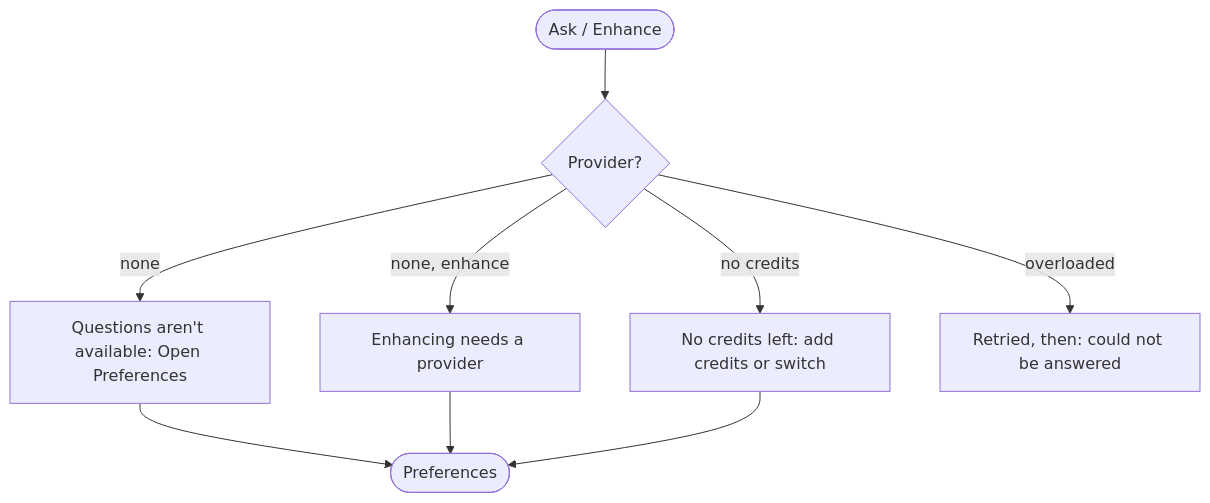
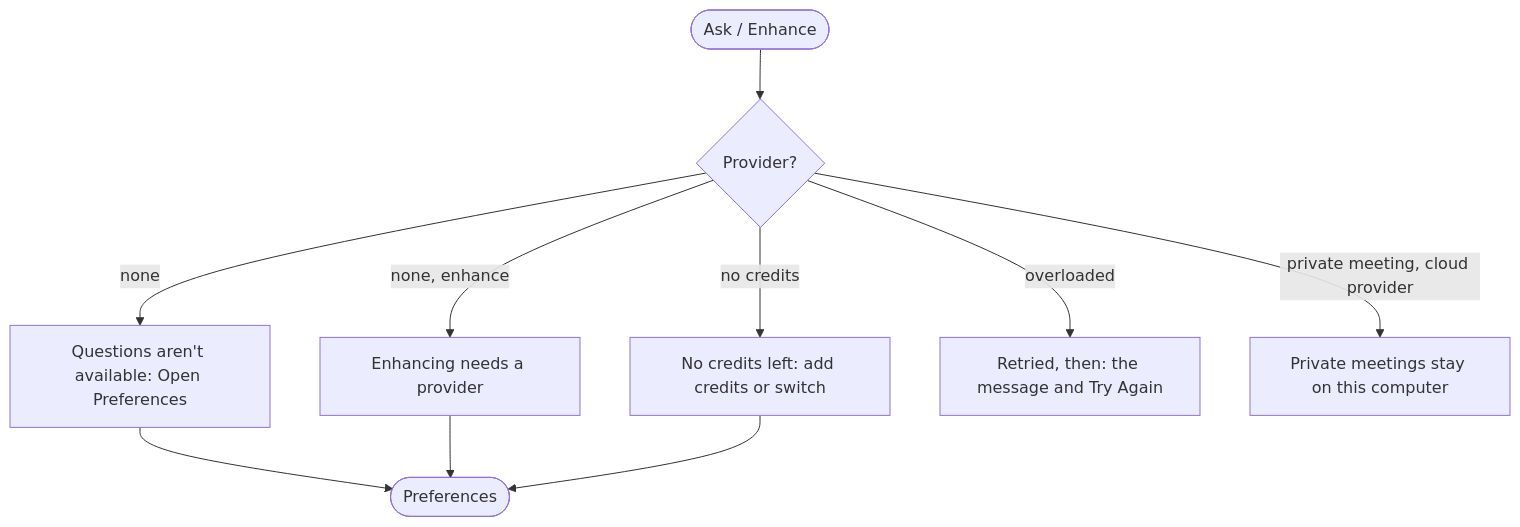
One commit to Kacper-Lubisz/kacola changed diagram 35 of 44 in docs/user-stories.md. Above: the diagram before and after it, drawn with Mermaid. The commit also changed other lines of this file and 24 other files, not shown here.

````diff
--- a/docs/user-stories.md
+++ b/docs/user-stories.md
@@ -851,15 +852,17 @@
 ```mermaid
 flowchart TD
   A([Ask / Enhance]) --> B{Provider?}
   B -->|none| C[Questions aren't available: Open Preferences]
   B -->|none, enhance| D[Enhancing needs a provider]
   B -->|no credits| E[No credits left: add credits or switch]
-  B -->|overloaded| F[Retried, then: could not be answered]
+  B -->|overloaded| F[Retried, then: the message and Try Again]
+  B -->|private meeting, cloud provider| G[Private meetings stay on this computer]
   C --> P([Preferences])
   D --> P
   E --> P
   %% shot: C = provider-errors__ask__no-provider
   %% shot: D = provider-errors__enhance__no-provider
   %% shot: E = provider-errors__ask__no-credits
   %% shot: F = provider-errors__ask__overloaded
+  %% shot: G = provider-errors__ask__private-meeting
 ```
````
